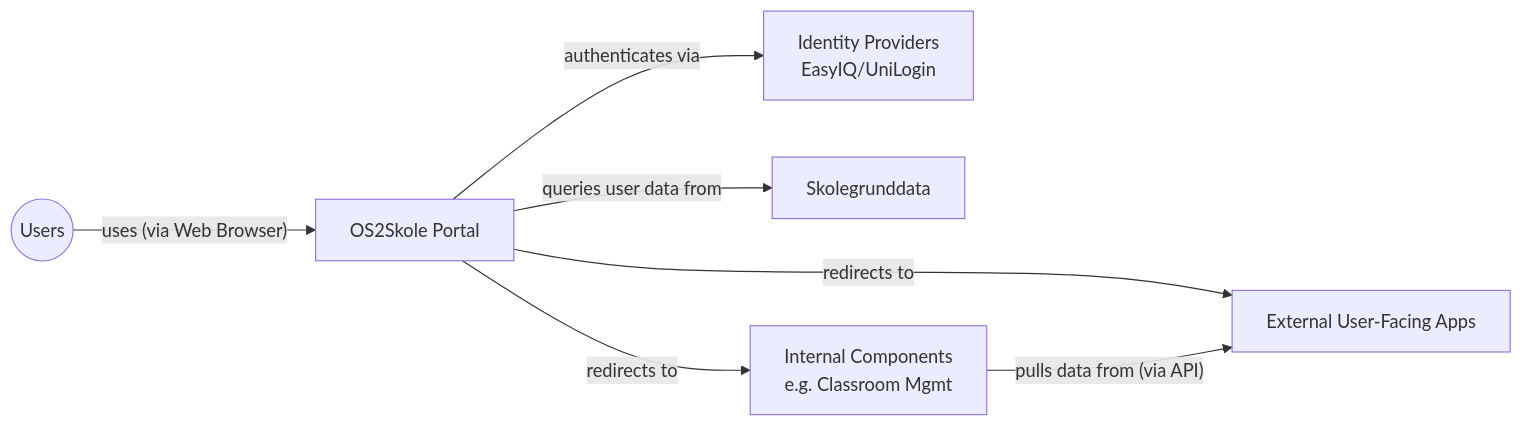
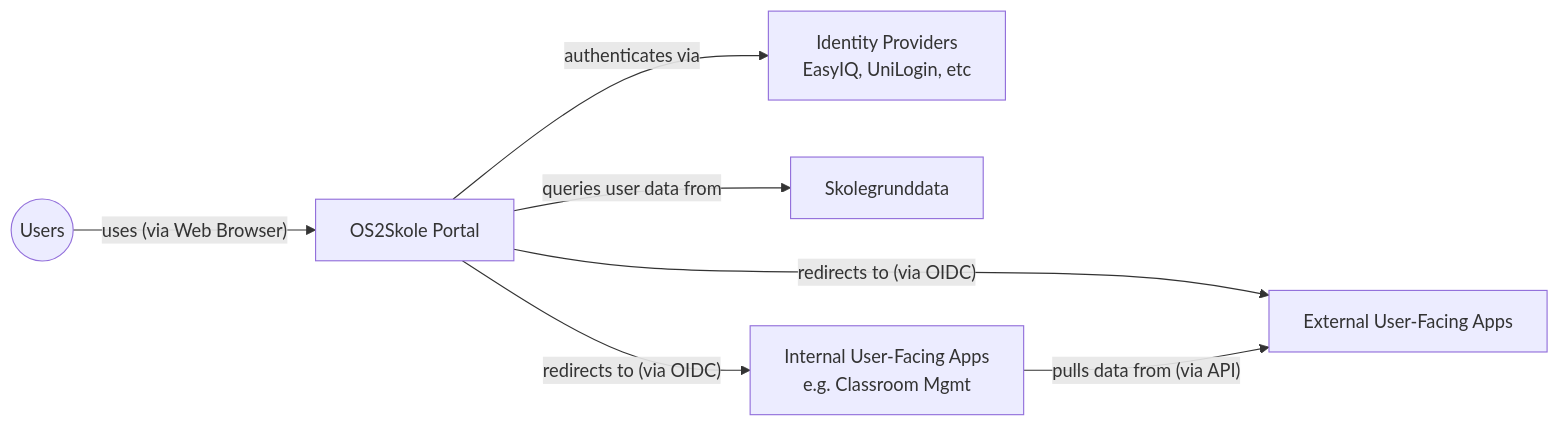
One commit to 0xf1e/os2skole-PoC changed the diagram in docs/architecture-communication-canvas.md. Above: the diagram before and after it, drawn with Mermaid. The commit also changed other lines of this file, not shown here.

Commit message:
docs(arch-comm-canvas): clarify business context diagram

````diff
--- a/docs/architecture-communication-canvas.md
+++ b/docs/architecture-communication-canvas.md
@@ -42,9 +42,9 @@
 ```mermaid
 graph LR
     Users((Users)) -->|"uses (via Web Browser)"| Portal[OS2Skole Portal]
-    Portal -->|"authenticates via"| IdPs["Identity Providers<br/>EasyIQ/UniLogin"]
+    Portal -->|"authenticates via"| IdPs["Identity Providers<br/>EasyIQ, UniLogin, etc"]
     Portal -->|"queries user data from"| SkoleData[Skolegrunddata]
-    Portal -->|"redirects to"| ExtApps[External User-Facing Apps]
-    Portal -->|"redirects to"| InternalComponents["Internal Components<br/>e.g. Classroom Mgmt"]
-    InternalComponents -->|"pulls data from (via API)"| ExtApps
+    Portal -->|"redirects to (via OIDC)"| ExtApps[External User-Facing Apps]
+    Portal -->|"redirects to (via OIDC)"| IntApps["Internal User-Facing Apps<br/>e.g. Classroom Mgmt"]
+    IntApps -->|"pulls data from (via API)"| ExtApps
 ```
````
